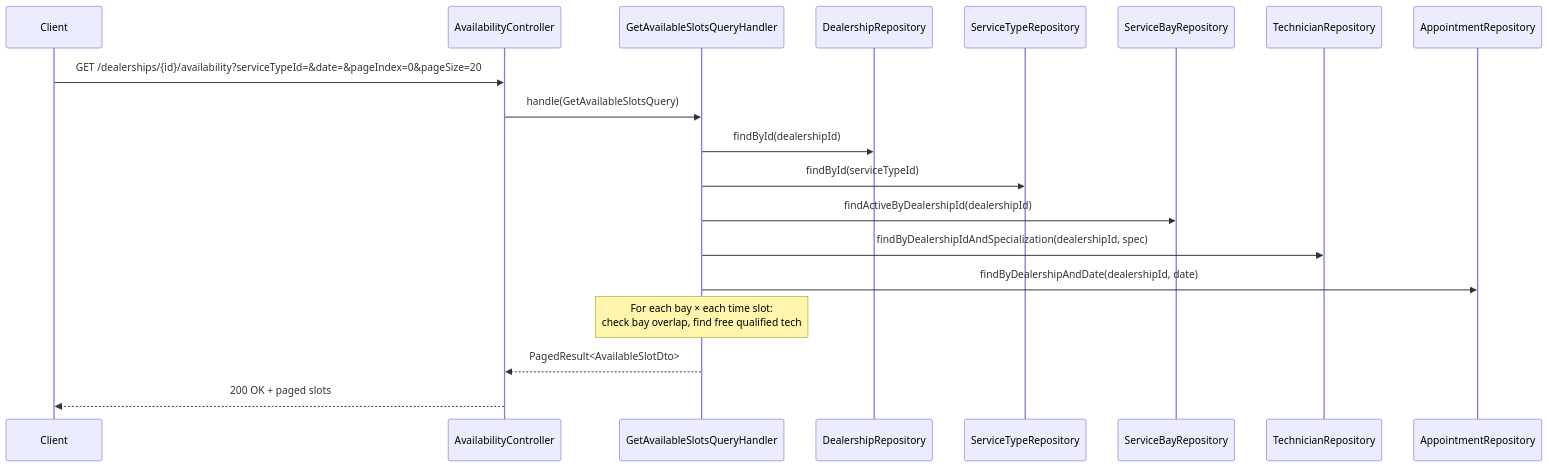
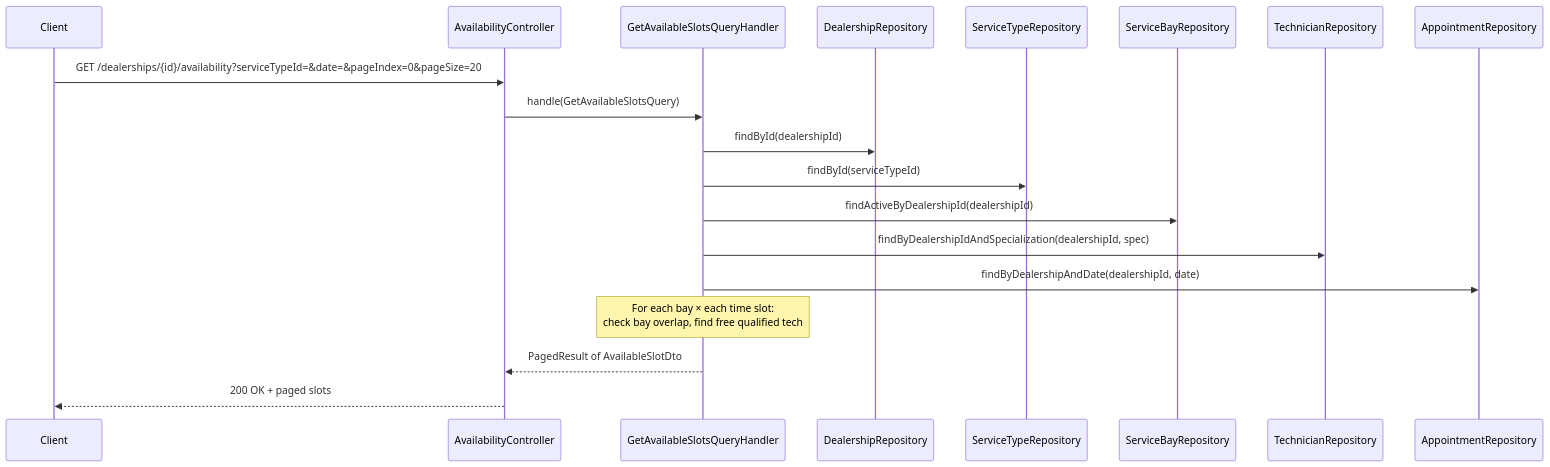
Before and after one commit to huuddd/Keyloop-OA: the second of 6 diagrams in docs/02-design.md, drawn with Mermaid. The commit also changed other lines of this file, not shown here.

First line of the commit message:
fix: Mermaid syntax in remaining design doc diagrams

````diff
--- a/docs/02-design.md
+++ b/docs/02-design.md
@@ -172,22 +172,22 @@
 ```mermaid
 sequenceDiagram
     participant C as Client
     participant AC as AvailabilityController
     participant QH as GetAvailableSlotsQueryHandler
     participant DR as DealershipRepository
     participant STR as ServiceTypeRepository
     participant SBR as ServiceBayRepository
     participant TR as TechnicianRepository
     participant AR as AppointmentRepository
 
     C->>AC: GET /dealerships/{id}/availability?serviceTypeId=&date=&pageIndex=0&pageSize=20
     AC->>QH: handle(GetAvailableSlotsQuery)
     QH->>DR: findById(dealershipId)
     QH->>STR: findById(serviceTypeId)
     QH->>SBR: findActiveByDealershipId(dealershipId)
     QH->>TR: findByDealershipIdAndSpecialization(dealershipId, spec)
     QH->>AR: findByDealershipAndDate(dealershipId, date)
     Note over QH: For each bay × each time slot:<br/>check bay overlap, find free qualified tech
-    QH-->>AC: PagedResult<AvailableSlotDto>
+    QH-->>AC: PagedResult of AvailableSlotDto
     AC-->>C: 200 OK + paged slots
 ```
````
